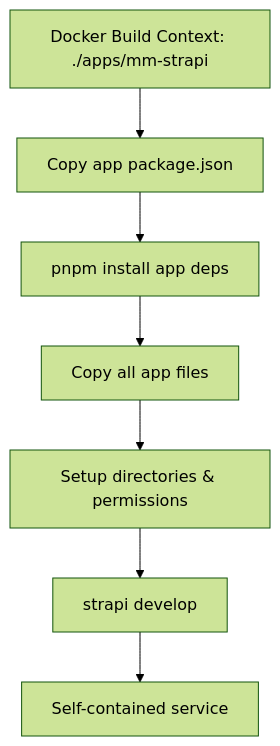
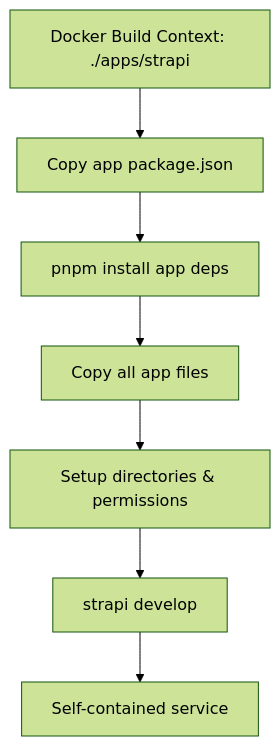
One commit to chris-heney/orwa-monorepo changed the second of 2 diagrams in ARCHITECTURE.md. Above: the diagram before and after it, drawn with Mermaid (forest theme). The commit also changed other lines of this file and 5697 other files, not shown here.

````diff
--- a/ARCHITECTURE.md
+++ b/ARCHITECTURE.md
@@ -289,9 +289,9 @@
 ```mermaid
 graph TD
-    A[Docker Build Context: ./apps/mm-strapi] --> B[Copy app package.json]
+    A[Docker Build Context: ./apps/strapi] --> B[Copy app package.json]
     B --> C[pnpm install app deps]
     C --> D[Copy all app files]
     D --> E[Setup directories & permissions]
     E --> F[strapi develop]
     F --> G[Self-contained service]
 ```
````
